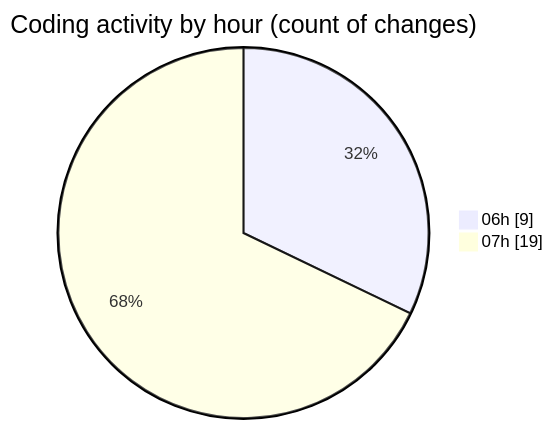
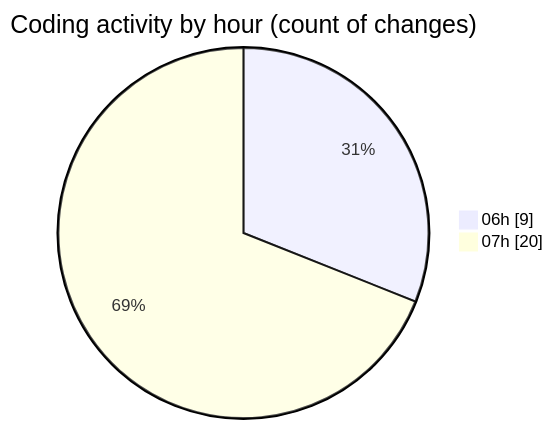
One commit to robertbonfada/code-tracking changed the second of 2 diagrams in 2025-02-18/mbc-web/README.md. Above: the diagram before and after it, drawn with Mermaid. The commit also changed other lines of this file and 1 other file, not shown here.

````diff
--- a/2025-02-18/mbc-web/README.md
+++ b/2025-02-18/mbc-web/README.md
@@ -38,6 +40,6 @@
 ```mermaid
 pie showData
 title Coding activity by hour (count of changes)
 "06h" : 9
-"07h" : 19
+"07h" : 20
 ```
````
